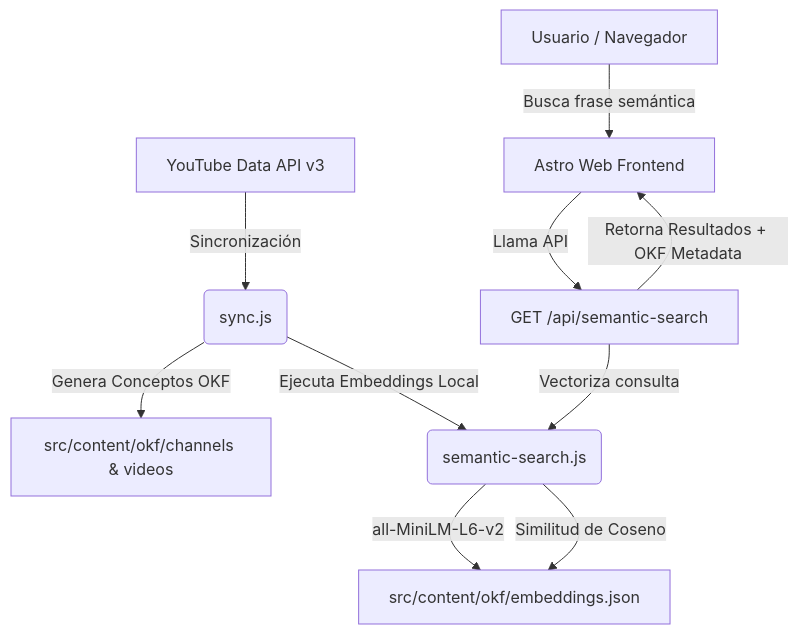
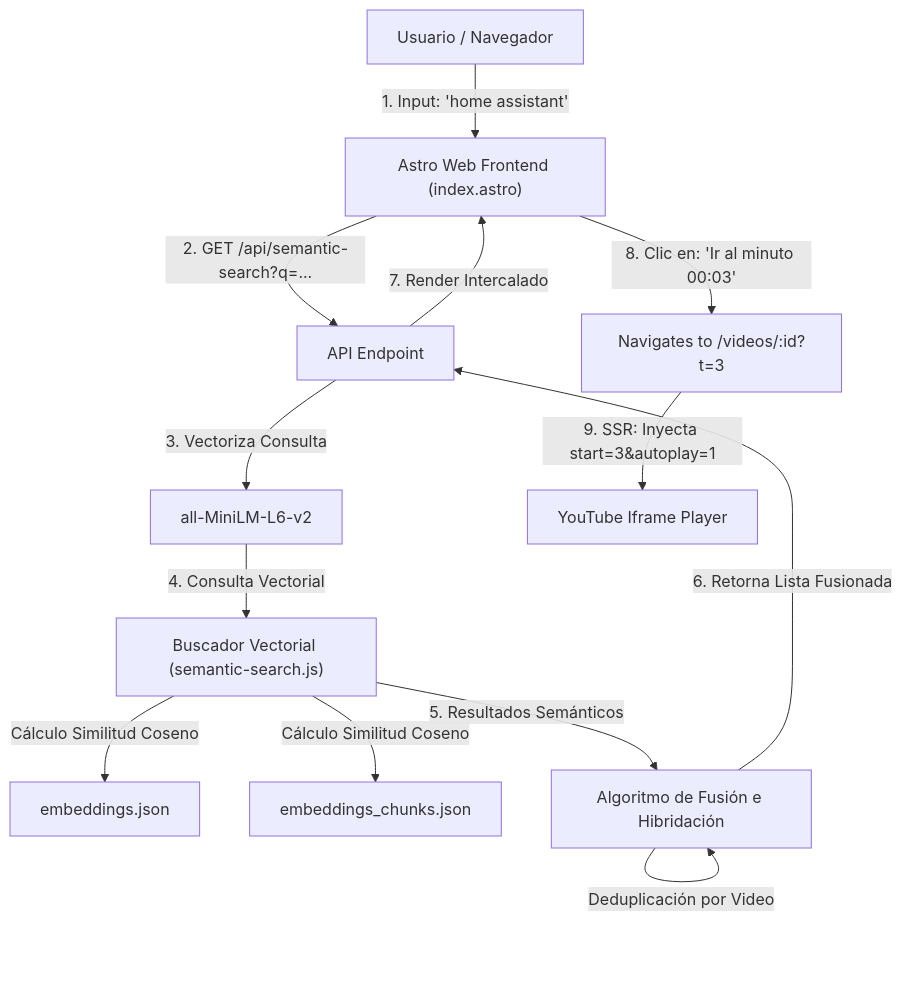
Before and after one commit to dracero/videos_OKF: the second of 2 diagrams in README.md, drawn with Mermaid. The commit also changed other lines of this file and 395 other files, not shown here.

````diff
--- a/README.md
+++ b/README.md
@@ -11,13 +49,19 @@
 ```mermaid
-graph TD
-    A[YouTube Data API v3] -->|Sincronización| B(sync.js)
-    B -->|Genera Conceptos OKF| C[src/content/okf/channels & videos]
-    B -->|Ejecuta Embeddings Local| D(semantic-search.js)
-    D -->|all-MiniLM-L6-v2| E[src/content/okf/embeddings.json]
+flowchart TD
+    User["Usuario / Navegador"] -->|1. Input: 'home assistant'| FE["Astro Web Frontend (index.astro)"]
+    FE -->|2. GET /api/semantic-search?q=...| API["API Endpoint"]
+    API -->|3. Vectoriza Consulta| Model["all-MiniLM-L6-v2"]
     
-    F[Usuario / Navegador] -->|Busca frase semántica| G[Astro Web Frontend]
-    G -->|Llama API| H[GET /api/semantic-search]
-    H -->|Vectoriza consulta| D
-    D -->|Similitud de Coseno| E
-    H -->|Retorna Resultados + OKF Metadata| G
+    Model -->|4. Consulta Vectorial| VectorSearch["Buscador Vectorial (semantic-search.js)"]
+    VectorSearch -->|Cálculo Similitud Coseno| JSON_Cat["embeddings.json"]
+    VectorSearch -->|Cálculo Similitud Coseno| JSON_Chunks["embeddings_chunks.json"]
+    
+    VectorSearch -->|5. Resultados Semánticos| Fusion["Algoritmo de Fusión e Hibridación"]
+    Fusion -->|Keyword Match Boost| Fusion
+    Fusion -->|Deduplicación por Video| Fusion
+    
+    Fusion -->|6. Retorna Lista Fusionada| API
+    API -->|7. Render Intercalado| FE
+    FE -->|8. Clic en: 'Ir al minuto 00:03'| Link["Navigates to /videos/:id?t=3"]
+    Link -->|9. SSR: Inyecta start=3&autoplay=1| Embed["YouTube Iframe Player"]
 ```
````
